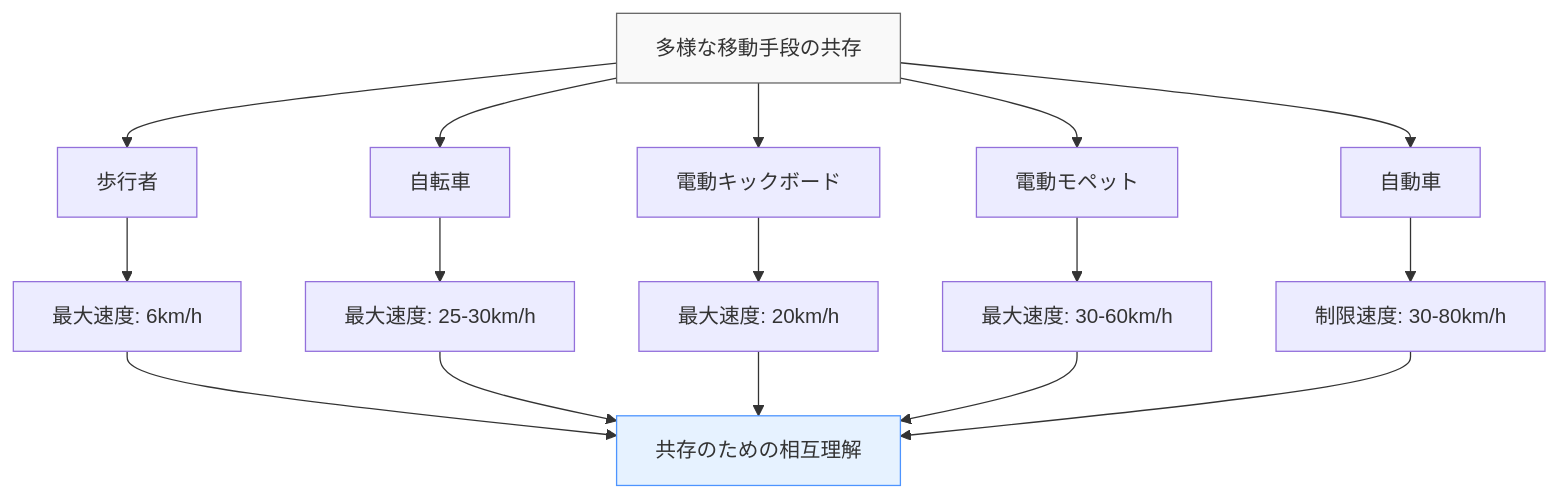
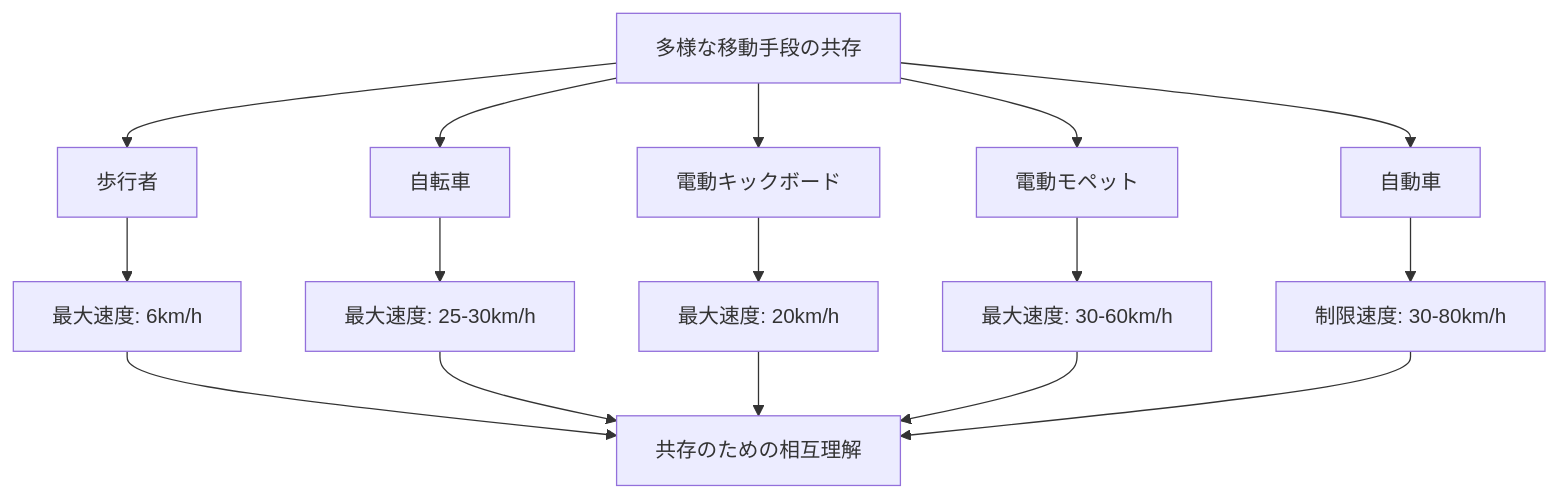
The second of 11 diagrams in docs/applications/daily-life.md (shuji-bonji/Situational-Awareness-and-Decision-Making), drawn with Mermaid before and after one commit. The commit also changed other lines of this file and 49 other files, not shown here.

Commit message:
fix: ダークモードで見づらい図の色の変更

````diff
--- a/docs/applications/daily-life.md
+++ b/docs/applications/daily-life.md
@@ -147,23 +147,23 @@
 ```mermaid
 graph TD
     A[多様な移動手段の共存] --> B[歩行者]
     A --> C[自転車]
     A --> D[電動キックボード]
     A --> E[電動モペット]
     A --> F[自動車]
     
     B --> G[最大速度: 6km/h]
     C --> H[最大速度: 25-30km/h]
     D --> I[最大速度: 20km/h]
     E --> J[最大速度: 30-60km/h]
     F --> K[制限速度: 30-80km/h]
     
     G --> L[共存のための相互理解]
     H --> L
     I --> L
     J --> L
     K --> L
     
-    style A fill:#f9f9f9,stroke:#666
-    style L fill:#e6f2ff,stroke:#4d94ff
+
+
 ```
````
